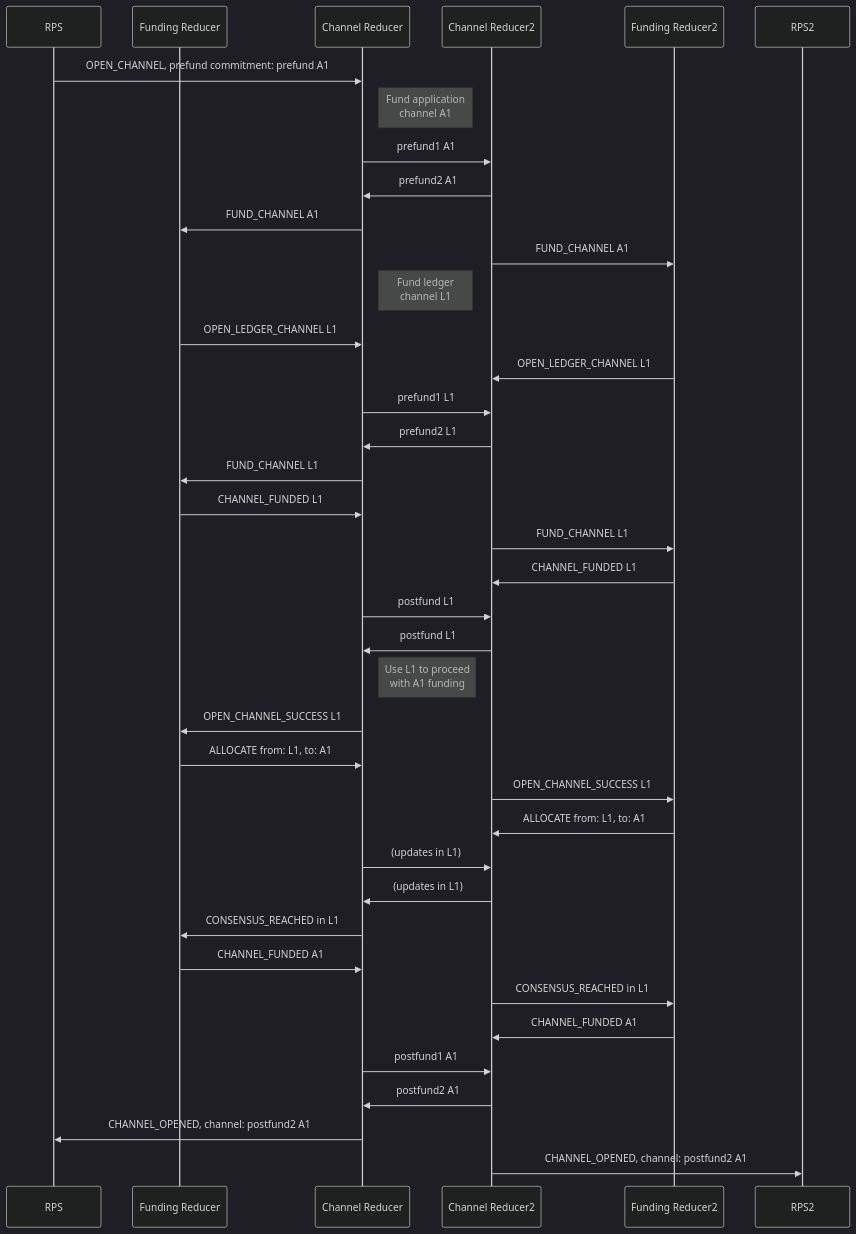
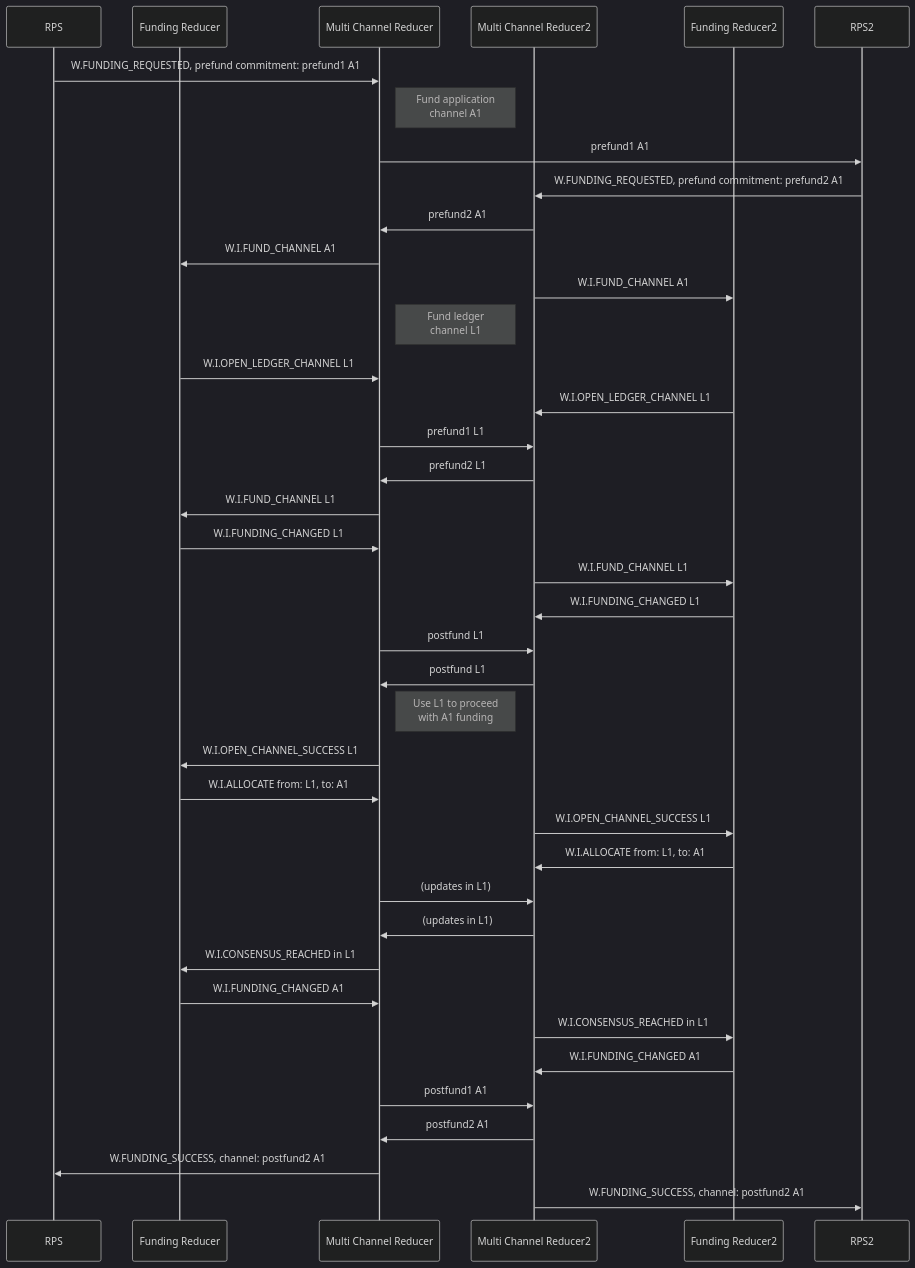
The diagram in packages/wallet/notes/channel_opening.md (magmo/apps), drawn with Mermaid (dark theme) before and after one commit.

Commit message:
Ledger opening diagram: funding manager decides how to fund ledger channels

````diff
--- a/packages/wallet/notes/channel_opening.md
+++ b/packages/wallet/notes/channel_opening.md
@@ -3,46 +3,46 @@
 ```mermaid
 sequenceDiagram
     participant R1 as RPS
     participant F1 as Funding Reducer
-    participant C1 as Channel Reducer
-    participant C2 as Channel Reducer2
+    participant C1 as Multi Channel Reducer
+    participant C2 as Multi Channel Reducer2
     participant F2 as Funding Reducer2
     participant R2 as RPS2
 
-    R1->>C1: OPEN_CHANNEL, prefund commitment: prefund A1
+    R1->>C1: W.FUNDING_REQUESTED, prefund commitment: prefund1 A1
 
     Note right of C1: Fund application <br> channel A1
-    C1->>C2: prefund1 A1
+    C1->>R2: prefund1 A1
+    R2->>C2: W.FUNDING_REQUESTED, prefund commitment: prefund2 A1
     C2->>C1: prefund2 A1
-    C1->>F1: FUND_CHANNEL A1
-    C2->>F2: FUND_CHANNEL A1
+    C1->>F1: W.I.FUND_CHANNEL A1
+    C2->>F2: W.I.FUND_CHANNEL A1
 
     Note right of C1: Fund ledger <br> channel L1
-    F1->>C1: OPEN_LEDGER_CHANNEL L1
-    F2->>C2: OPEN_LEDGER_CHANNEL L1
+    F1->>C1: W.I.OPEN_LEDGER_CHANNEL L1
+    F2->>C2: W.I.OPEN_LEDGER_CHANNEL L1
     C1->>C2: prefund1 L1
     C2->>C1: prefund2 L1
-    C1->>F1: FUND_CHANNEL L1
-    F1->>C1: CHANNEL_FUNDED L1
-    C2->>F2: FUND_CHANNEL L1
-    F2->>C2: CHANNEL_FUNDED L1
+    C1->>F1: W.I.FUND_CHANNEL L1
+    F1->>C1: W.I.FUNDING_CHANGED L1
+    C2->>F2: W.I.FUND_CHANNEL L1
+    F2->>C2: W.I.FUNDING_CHANGED L1
     C1->>C2: postfund L1
     C2->>C1: postfund L1
 
     Note right of C1: Use L1 to proceed <br> with A1 funding
-    C1->>F1: OPEN_CHANNEL_SUCCESS L1
-    F1->>C1: ALLOCATE from: L1, to: A1
-    C2->>F2: OPEN_CHANNEL_SUCCESS L1
-    F2->>C2: ALLOCATE from: L1, to: A1
+    C1->>F1: W.I.OPEN_CHANNEL_SUCCESS L1
+    F1->>C1: W.I.ALLOCATE from: L1, to: A1
+    C2->>F2: W.I.OPEN_CHANNEL_SUCCESS L1
+    F2->>C2: W.I.ALLOCATE from: L1, to: A1
     C1->>C2: (updates in L1)
     C2->>C1: (updates in L1)
-    C1->>F1: CONSENSUS_REACHED in L1
-    F1->>C1: CHANNEL_FUNDED A1
-    C2->>F2: CONSENSUS_REACHED in L1
-    F2->>C2: CHANNEL_FUNDED A1
+    C1->>F1: W.I.CONSENSUS_REACHED in L1
+    F1->>C1: W.I.FUNDING_CHANGED A1
+    C2->>F2: W.I.CONSENSUS_REACHED in L1
+    F2->>C2: W.I.FUNDING_CHANGED A1
     C1->>C2: postfund1 A1
     C2->>C1: postfund2 A1
-    C1->>R1: CHANNEL_OPENED, channel: postfund2 A1
-    C2->>R2: CHANNEL_OPENED, channel: postfund2 A1
-
+    C1->>R1: W.FUNDING_SUCCESS, channel: postfund2 A1
+    C2->>R2: W.FUNDING_SUCCESS, channel: postfund2 A1
 ```
````
